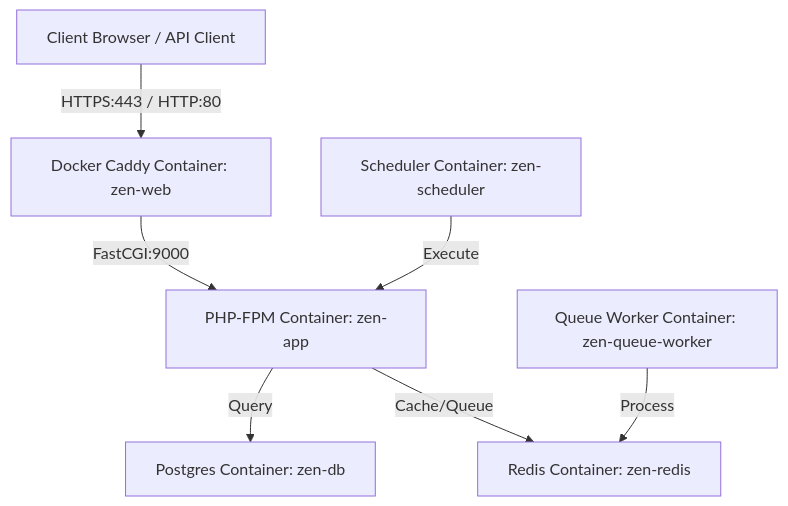
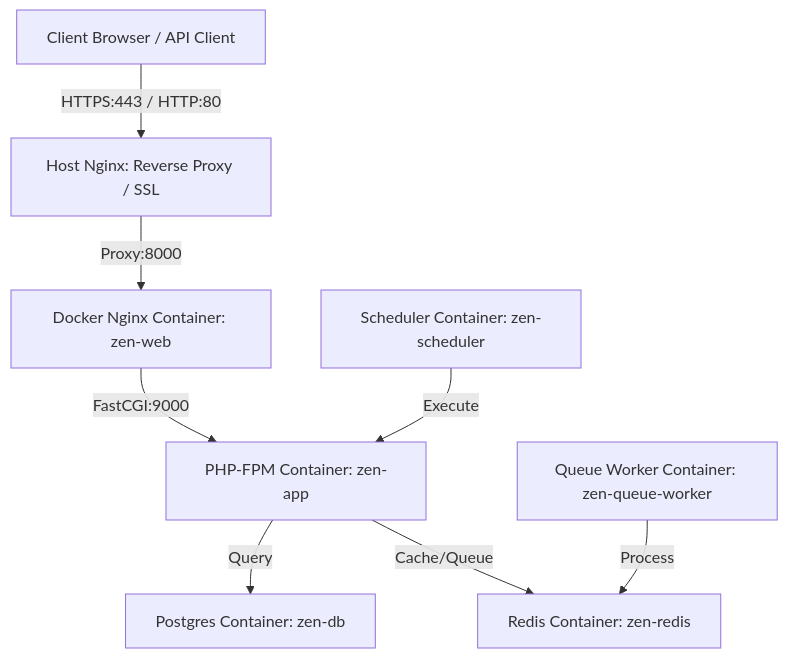
One commit to naingwin-aung/zen-backend changed the diagram in README_DEPLOY.md. Above: the diagram before and after it, drawn with Mermaid. The commit also changed other lines of this file and 4 other files, not shown here.

Commit message:
docker change to nginx

````diff
--- a/README_DEPLOY.md
+++ b/README_DEPLOY.md
@@ -17,9 +18,10 @@
 ```mermaid
 graph TD
-    Client[Client Browser / API Client] -->|HTTPS:443 / HTTP:80| DockerCaddy[Docker Caddy Container: zen-web]
-    DockerCaddy -->|FastCGI:9000| AppContainer[PHP-FPM Container: zen-app]
+    Client[Client Browser / API Client] -->|HTTPS:443 / HTTP:80| HostNginx[Host Nginx: Reverse Proxy / SSL]
+    HostNginx -->|Proxy:8000| DockerNginx[Docker Nginx Container: zen-web]
+    DockerNginx -->|FastCGI:9000| AppContainer[PHP-FPM Container: zen-app]
     AppContainer -->|Query| DB[Postgres Container: zen-db]
     AppContainer -->|Cache/Queue| Redis[Redis Container: zen-redis]
     QueueWorker[Queue Worker Container: zen-queue-worker] -->|Process| Redis
     Scheduler[Scheduler Container: zen-scheduler] -->|Execute| AppContainer
 ```
````
